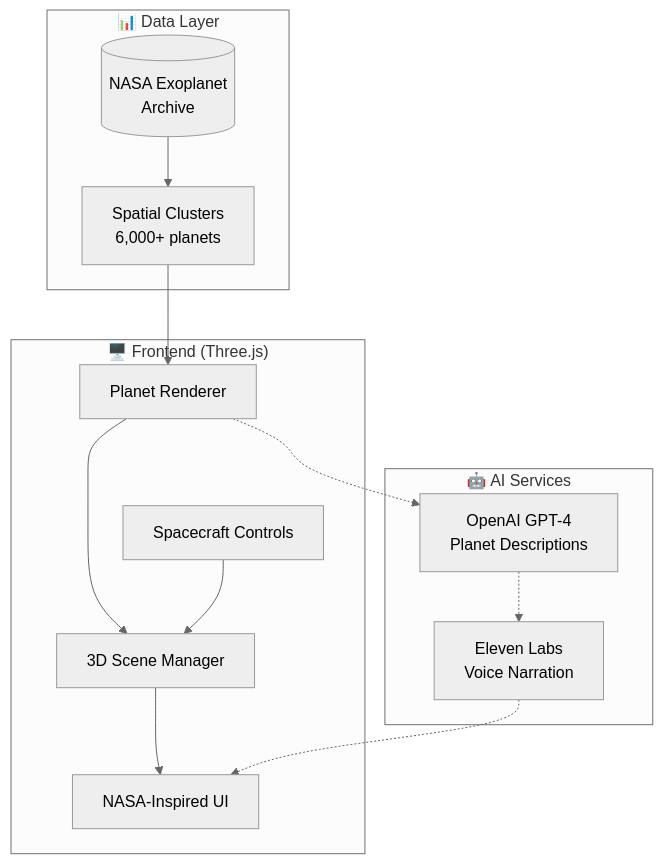
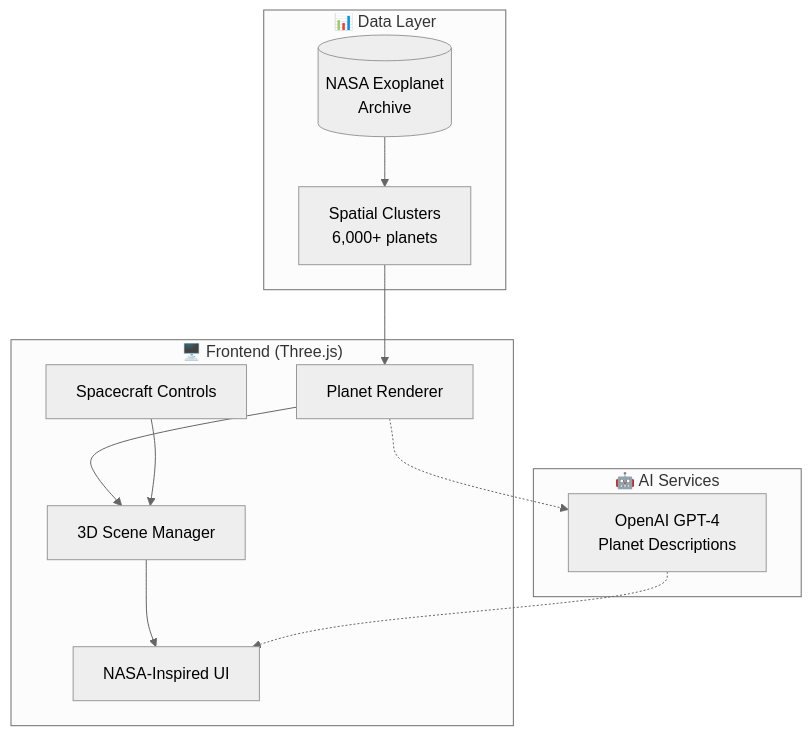
Before and after one commit to Zaexv/agentic-3d-space-exploration-hamburg-ai-hackathon-jan-26: the diagram in README.md, drawn with Mermaid (neutral theme). The commit also changed other lines of this file and 22 other files, not shown here.

First line of the commit message:
feat: switch to Gemini API, remove ElevenLabs, update all docs

````diff
--- a/README.md
+++ b/README.md
@@ -40,29 +40,27 @@
 ```mermaid
 graph TB
     subgraph Frontend["🖥️ Frontend (Three.js)"]
         UI[NASA-Inspired UI]
         Scene[3D Scene Manager]
         Spacecraft[Spacecraft Controls]
         Planets[Planet Renderer]
     end
 
     subgraph Data["📊 Data Layer"]
         NASA[(NASA Exoplanet<br/>Archive)]
         Clusters[Spatial Clusters<br/>6,000+ planets]
     end
 
     subgraph AI["🤖 AI Services"]
         OpenAI[OpenAI GPT-4<br/>Planet Descriptions]
-        ElevenLabs[Eleven Labs<br/>Voice Narration]
     end
 
     NASA --> Clusters
     Clusters --> Planets
     Planets --> Scene
     Scene --> UI
     Spacecraft --> Scene
-    
+
     Planets -.-> OpenAI
-    OpenAI -.-> ElevenLabs
-    ElevenLabs -.-> UI
+    OpenAI -.-> UI
 ```
````
